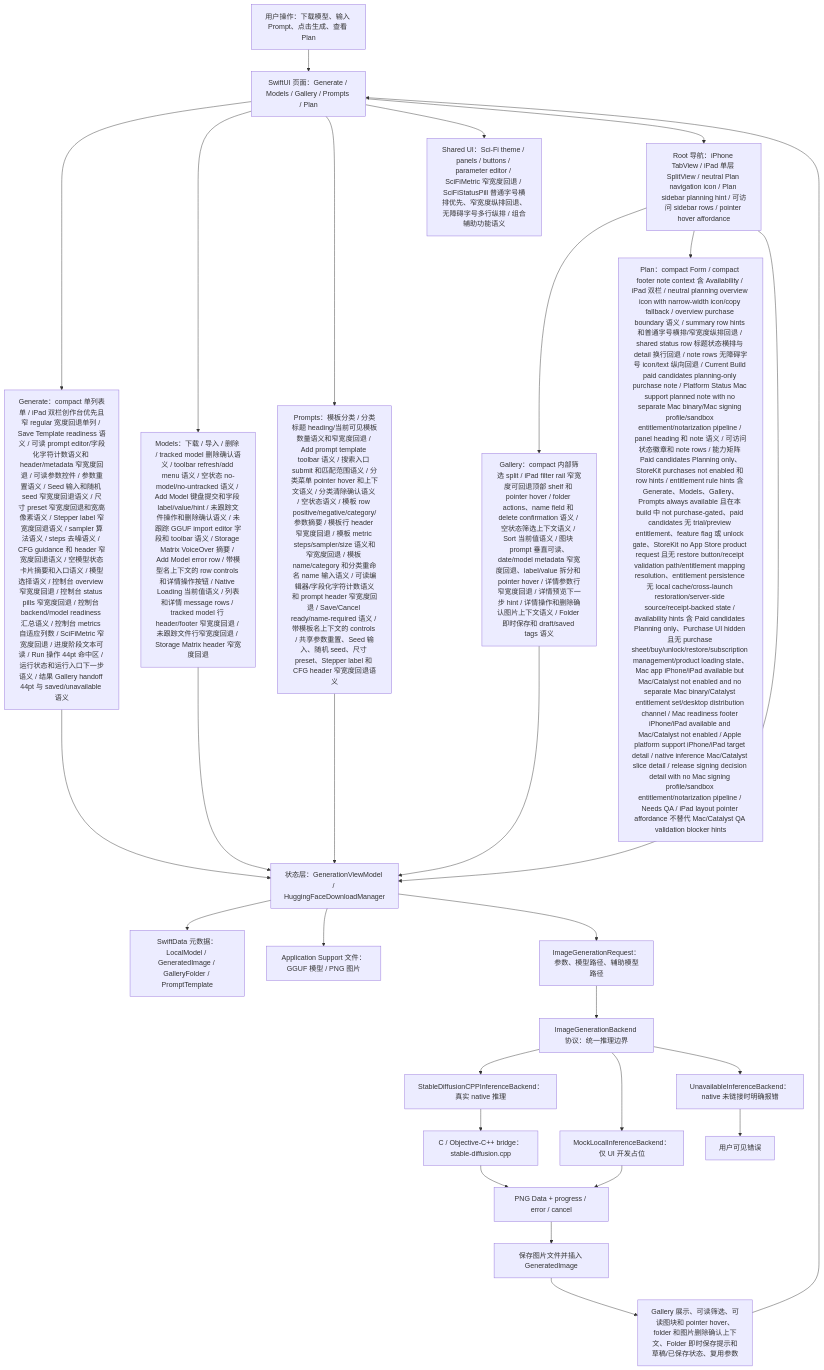
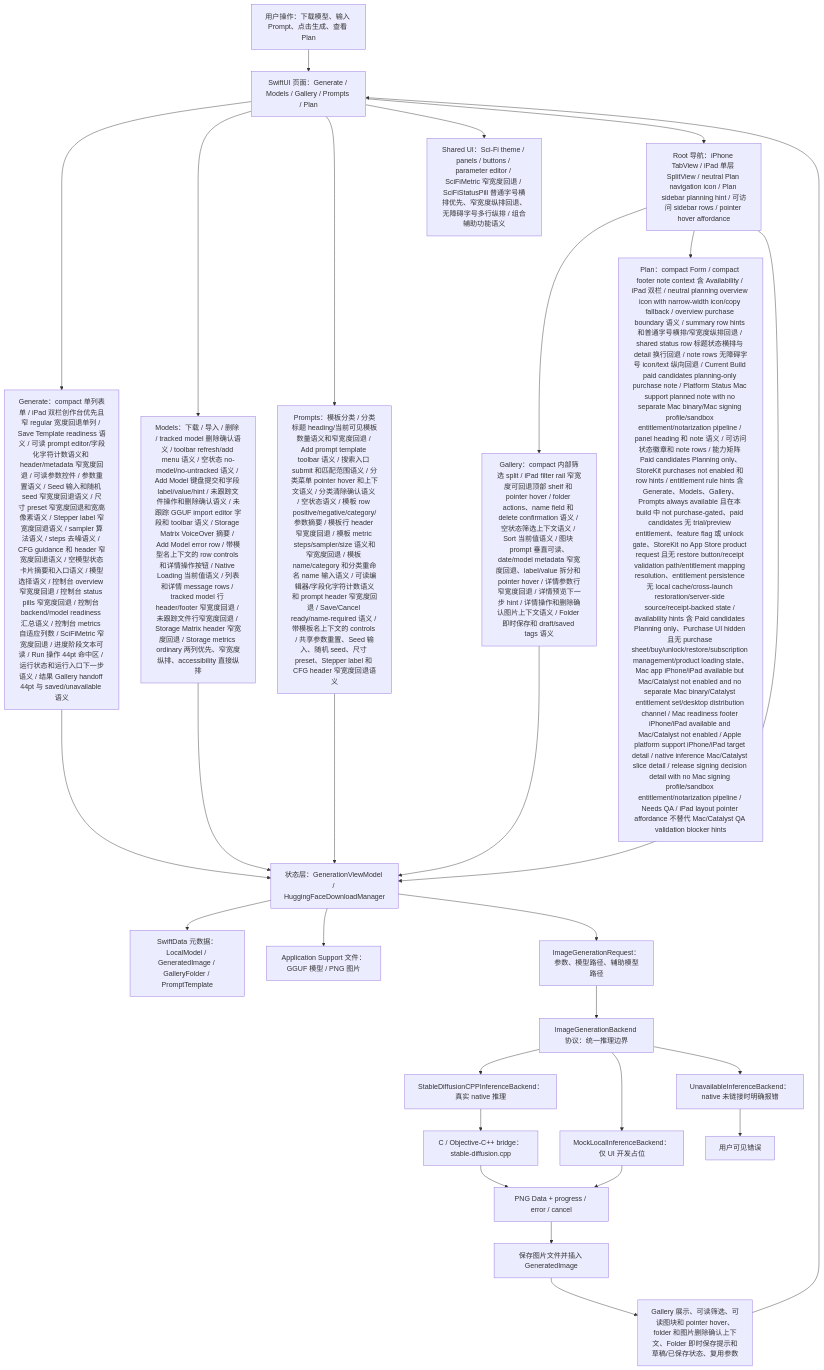
The first of 7 diagrams in md/flow/flowchart.md (Altman-sam114/118), drawn with Mermaid before and after one commit. The commit also changed other lines of this file and 5 other files, not shown here.

Commit message:
v1.152: Storage metrics fallback

````diff
--- a/md/flow/flowchart.md
+++ b/md/flow/flowchart.md
@@ -9,30 +9,30 @@
 ```mermaid
 flowchart TD
   U["用户操作：下载模型、输入 Prompt、点击生成、查看 Plan"] --> UI["SwiftUI 页面：Generate / Models / Gallery / Prompts / Plan"]
   UI --> GENUI["Generate：compact 单列表单 / iPad 双栏创作台优先且窄 regular 宽度回退单列 / Save Template readiness 语义 / 可读 prompt editor/字段化字符计数语义和 header/metadata 窄宽度回退 / 可读参数控件 / 参数重置语义 / Seed 输入和随机 seed 窄宽度回退语义 / 尺寸 preset 窄宽度回退和宽高像素语义 / Stepper label 窄宽度回退语义 / sampler 算法语义 / steps 去噪语义 / CFG guidance 和 header 窄宽度回退语义 / 空模型状态卡片摘要和入口语义 / 模型选择语义 / 控制台 overview 窄宽度回退 / 控制台 status pills 窄宽度回退 / 控制台 backend/model readiness 汇总语义 / 控制台 metrics 自适应列数 / SciFiMetric 窄宽度回退 / 进度阶段文本可读 / Run 操作 44pt 命中区 / 运行状态和运行入口下一步语义 / 结果 Gallery handoff 44pt 与 saved/unavailable 语义"]
-  UI --> MODELUI["Models：下载 / 导入 / 删除 / tracked model 删除确认语义 / toolbar refresh/add menu 语义 / 空状态 no-model/no-untracked 语义 / Add Model 键盘提交和字段 label/value/hint / 未跟踪文件操作和删除确认语义 / 未跟踪 GGUF import editor 字段和 toolbar 语义 / Storage Matrix VoiceOver 摘要 / Add Model error row / 带模型名上下文的 row controls 和详情操作按钮 / Native Loading 当前值语义 / 列表和详情 message rows / tracked model 行 header/footer 窄宽度回退 / 未跟踪文件行窄宽度回退 / Storage Matrix header 窄宽度回退"]
+  UI --> MODELUI["Models：下载 / 导入 / 删除 / tracked model 删除确认语义 / toolbar refresh/add menu 语义 / 空状态 no-model/no-untracked 语义 / Add Model 键盘提交和字段 label/value/hint / 未跟踪文件操作和删除确认语义 / 未跟踪 GGUF import editor 字段和 toolbar 语义 / Storage Matrix VoiceOver 摘要 / Add Model error row / 带模型名上下文的 row controls 和详情操作按钮 / Native Loading 当前值语义 / 列表和详情 message rows / tracked model 行 header/footer 窄宽度回退 / 未跟踪文件行窄宽度回退 / Storage Matrix header 窄宽度回退 / Storage metrics ordinary 两列优先、窄宽度纵排、accessibility 直接纵排"]
   UI --> PROMPTUI["Prompts：模板分类 / 分类标题 heading/当前可见模板数量语义和窄宽度回退 / Add prompt template toolbar 语义 / 搜索入口 submit 和匹配范围语义 / 分类菜单 pointer hover 和上下文语义 / 分类清除确认语义 / 空状态语义 / 模板 row positive/negative/category/参数摘要 / 模板行 header 窄宽度回退 / 模板 metric steps/sampler/size 语义和窄宽度回退 / 模板 name/category 和分类重命名 name 输入语义 / 可读编辑器/字段化字符计数语义和 prompt header 窄宽度回退 / Save/Cancel ready/name-required 语义 / 带模板名上下文的 controls / 共享参数重置、Seed 输入、随机 seed、尺寸 preset、Stepper label 和 CFG header 窄宽度回退语义"]
   UI --> SHAREDUI["Shared UI：Sci-Fi theme / panels / buttons / parameter editor / SciFiMetric 窄宽度回退 / SciFiStatusPill 普通字号横排优先、窄宽度纵排回退、无障碍字号多行纵排 / 组合辅助功能语义"]
   UI --> NAV["Root 导航：iPhone TabView / iPad 单层 SplitView / neutral Plan navigation icon / Plan sidebar planning hint / 可访问 sidebar rows / pointer hover affordance"]
   NAV --> GALUI["Gallery：compact 内部筛选 split / iPad filter rail 窄宽度可回退顶部 shelf 和 pointer hover / folder actions、name field 和 delete confirmation 语义 / 空状态筛选上下文语义 / Sort 当前值语义 / 图块 prompt 垂直可读、date/model metadata 窄宽度回退、label/value 拆分和 pointer hover / 详情参数行窄宽度回退 / 详情预览下一步 hint / 详情操作和删除确认图片上下文语义 / Folder 即时保存和 draft/saved tags 语义"]
   NAV --> PLANUI["Plan：compact Form / compact footer note context 含 Availability / iPad 双栏 / neutral planning overview icon with narrow-width icon/copy fallback / overview purchase boundary 语义 / summary row hints 和普通字号横排/窄宽度纵排回退 / shared status row 标题状态横排与 detail 换行回退 / note rows 无障碍字号 icon/text 纵向回退 / Current Build paid candidates planning-only purchase note / Platform Status Mac support planned note with no separate Mac binary/Mac signing profile/sandbox entitlement/notarization pipeline / panel heading 和 note 语义 / 可访问状态徽章和 note rows / 能力矩阵 Paid candidates Planning only、StoreKit purchases not enabled 和 row hints / entitlement rule hints 含 Generate、Models、Gallery、Prompts always available 且在本 build 中 not purchase-gated、paid candidates 无 trial/preview entitlement、feature flag 或 unlock gate、StoreKit no App Store product request 且无 restore button/receipt validation path/entitlement mapping resolution、entitlement persistence 无 local cache/cross-launch restoration/server-side source/receipt-backed state / availability hints 含 Paid candidates Planning only、Purchase UI hidden 且无 purchase sheet/buy/unlock/restore/subscription management/product loading state、Mac app iPhone/iPad available but Mac/Catalyst not enabled and no separate Mac binary/Catalyst entitlement set/desktop distribution channel / Mac readiness footer iPhone/iPad available and Mac/Catalyst not enabled / Apple platform support iPhone/iPad target detail / native inference Mac/Catalyst slice detail / release signing decision detail with no Mac signing profile/sandbox entitlement/notarization pipeline / Needs QA / iPad layout pointer affordance 不替代 Mac/Catalyst QA validation blocker hints"]
   NAV --> VM["状态层：GenerationViewModel / HuggingFaceDownloadManager"]
   GENUI --> VM
   MODELUI --> VM
   PROMPTUI --> VM
   GALUI --> VM
   VM --> SD["SwiftData 元数据：LocalModel / GeneratedImage / GalleryFolder / PromptTemplate"]
   VM --> FS["Application Support 文件：GGUF 模型 / PNG 图片"]
   VM --> REQ["ImageGenerationRequest：参数、模型路径、辅助模型路径"]
   REQ --> IFACE["ImageGenerationBackend 协议：统一推理边界"]
   IFACE --> NATIVE["StableDiffusionCPPInferenceBackend：真实 native 推理"]
   IFACE --> MOCK["MockLocalInferenceBackend：仅 UI 开发占位"]
   IFACE --> OFF["UnavailableInferenceBackend：native 未链接时明确报错"]
   NATIVE --> BRIDGE["C / Objective-C++ bridge：stable-diffusion.cpp"]
   BRIDGE --> PNG["PNG Data + progress / error / cancel"]
   MOCK --> PNG
   OFF --> ERR["用户可见错误"]
   PNG --> SAVE["保存图片文件并插入 GeneratedImage"]
   SAVE --> GALLERY["Gallery 展示、可读筛选、可读图块和 pointer hover、folder 和图片删除确认上下文、Folder 即时保存提示和草稿/已保存状态、复用参数"]
   GALLERY --> UI
 ```
````
